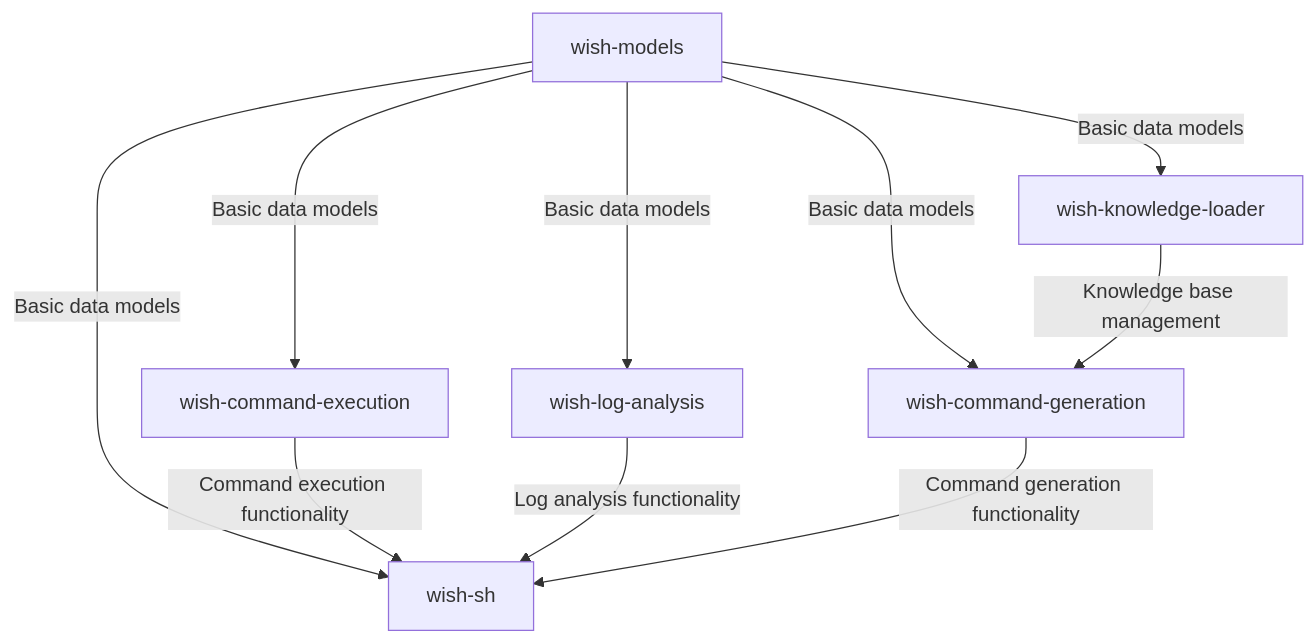
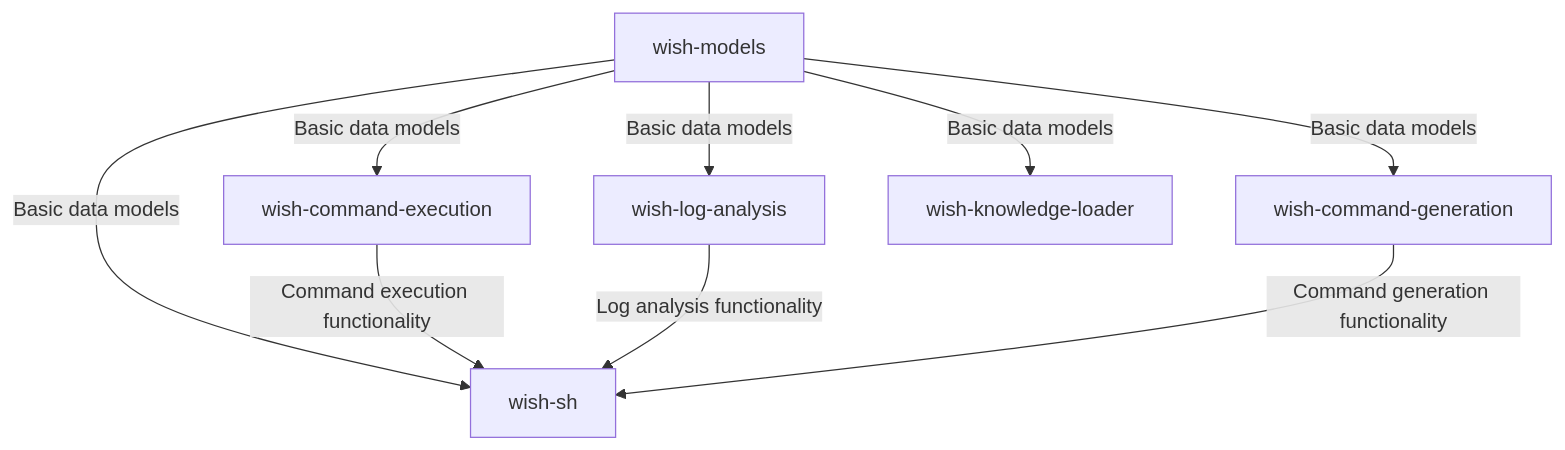
Before and after one commit to SecDev-Lab/wish: the first of 2 diagrams in docs/design.md, drawn with Mermaid.

Commit message:
docs: remove outdated knowledge base management reference from design documentation

````diff
--- a/docs/design.md
+++ b/docs/design.md
@@ -7,12 +7,11 @@
 ```mermaid
 graph TD
     A[wish-models] --> |Basic data models| B[wish-command-execution]
     A --> |Basic data models| C[wish-sh]
     A --> |Basic data models| D[wish-log-analysis]
     A --> |Basic data models| E[wish-command-generation]
     A --> |Basic data models| F[wish-knowledge-loader]
     B --> |Command execution functionality| C
     D --> |Log analysis functionality| C
     E --> |Command generation functionality| C
-    F --> |Knowledge base management| E
 ```
````
